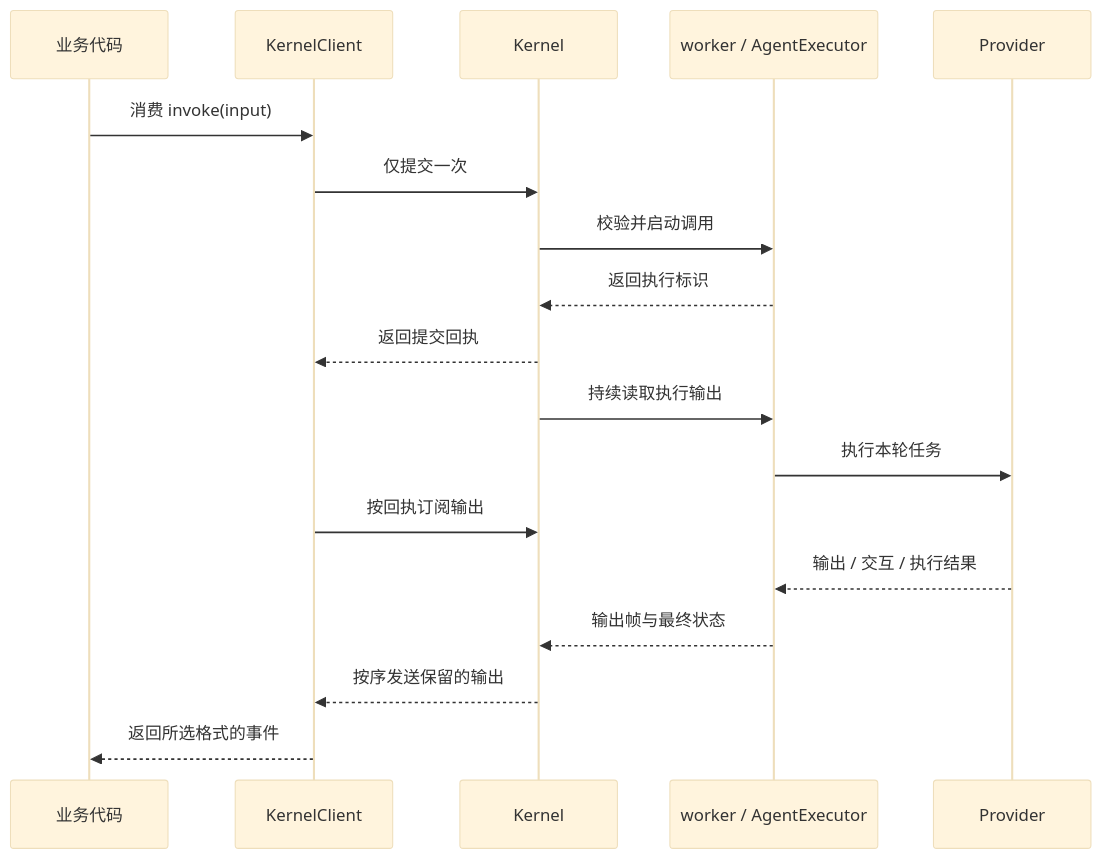
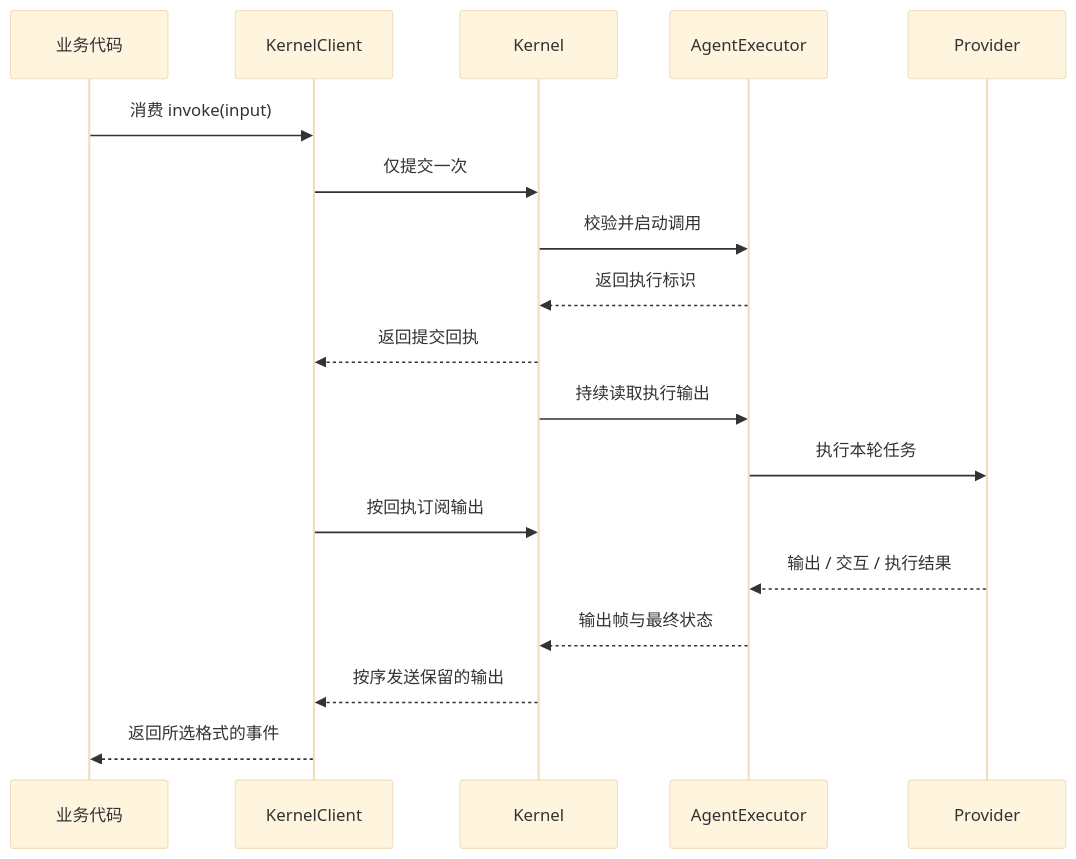
One commit to Liuxy20/octo-runtime changed the second of 2 diagrams in docs/zh-CN/concepts/architecture.md. Above: the diagram before and after it, drawn with Mermaid (base theme). The commit also changed other lines of this file and 289 other files, not shown here.

````diff
--- a/docs/zh-CN/concepts/architecture.md
+++ b/docs/zh-CN/concepts/architecture.md
@@ -81,20 +81,20 @@
 ```mermaid
 sequenceDiagram
   participant App as 业务代码
   participant Client as KernelClient
   participant Kernel
-  participant Core as worker / AgentExecutor
+  participant Core as AgentExecutor
   participant Provider
   App->>Client: 消费 invoke(input)
   Client->>Kernel: 仅提交一次
   Kernel->>Core: 校验并启动调用
   Core-->>Kernel: 返回执行标识
   Kernel-->>Client: 返回提交回执
   Kernel->>Core: 持续读取执行输出
   Core->>Provider: 执行本轮任务
   Client->>Kernel: 按回执订阅输出
   Provider-->>Core: 输出 / 交互 / 执行结果
   Core-->>Kernel: 输出帧与最终状态
   Kernel-->>Client: 按序发送保留的输出
   Client-->>App: 返回所选格式的事件
 ```
````
